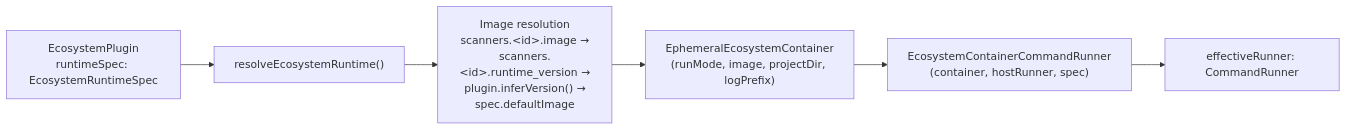
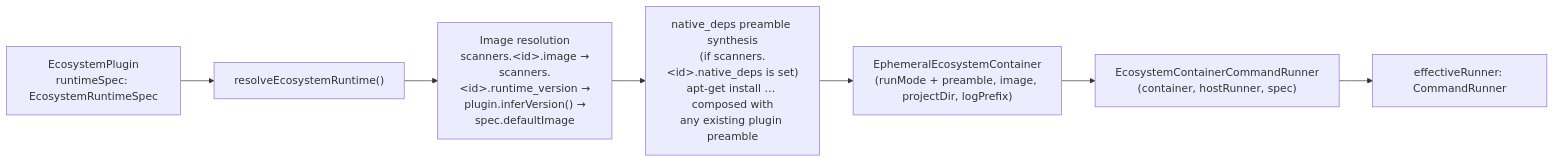
The sixth of 10 diagrams in docs/architecture.md (ejklock/deep-health), drawn with Mermaid before and after one commit. The commit also changed other lines of this file and 2 other files, not shown here.

Commit message:
feat: enhance documentation for auto-demotion of fixer strategy and native_deps support in npm

````diff
--- a/docs/architecture.md
+++ b/docs/architecture.md
@@ -397,15 +402,17 @@
 ```mermaid
 flowchart LR
     PLUGIN["EcosystemPlugin<br/>runtimeSpec: EcosystemRuntimeSpec"]
     RESOLVE["resolveEcosystemRuntime()"]
     IMG["Image resolution<br/>scanners.&lt;id&gt;.image →<br/>scanners.&lt;id&gt;.runtime_version →<br/>plugin.inferVersion() →<br/>spec.defaultImage"]
-    CONTAINER["EphemeralEcosystemContainer<br/>(runMode, image, projectDir, logPrefix)"]
+    NATIVE["native_deps preamble synthesis<br/>(if scanners.&lt;id&gt;.native_deps is set)<br/>apt-get install … composed with<br/>any existing plugin preamble"]
+    CONTAINER["EphemeralEcosystemContainer<br/>(runMode + preamble, image, projectDir, logPrefix)"]
     CMD["EcosystemContainerCommandRunner<br/>(container, hostRunner, spec)"]
     EFFECTIVE["effectiveRunner: CommandRunner"]
 
     PLUGIN --> RESOLVE
     RESOLVE --> IMG
-    IMG --> CONTAINER
+    IMG --> NATIVE
+    NATIVE --> CONTAINER
     CONTAINER --> CMD
     CMD --> EFFECTIVE
 ```
````
